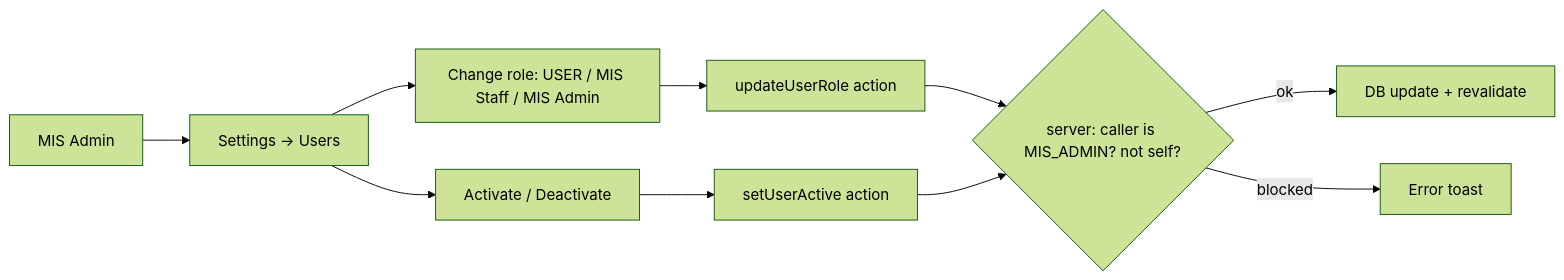
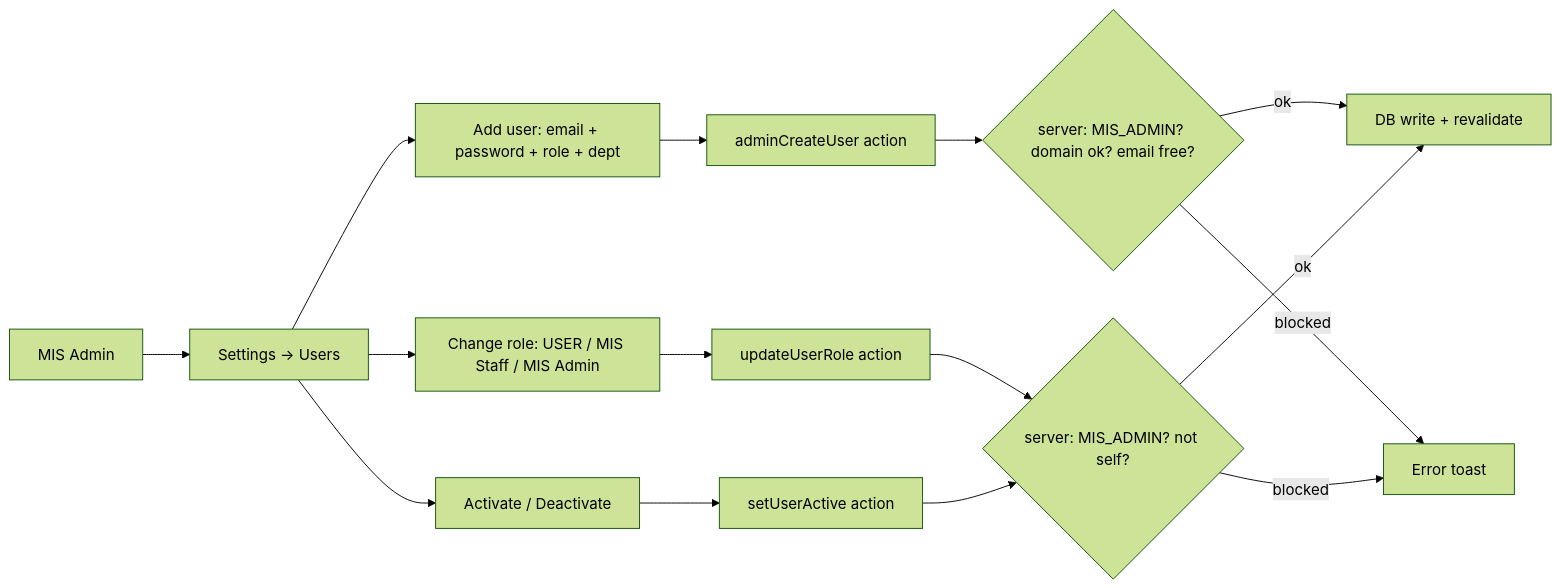
Before and after one commit to harshalilinkd/mis-support-hub: the fourth of 4 diagrams in flow.md, drawn with Mermaid (forest theme). The commit also changed other lines of this file, not shown here.

First line of the commit message:
docs: sync flow.md with the admin Add-user feature

````diff
--- a/flow.md
+++ b/flow.md
@@ -169,12 +170,17 @@
 ```mermaid
 flowchart LR
     A[MIS Admin] --> B[Settings -> Users]
+    B --> N[Add user: email + password + role + dept]
     B --> C[Change role: USER / MIS Staff / MIS Admin]
     B --> D[Activate / Deactivate]
+    N --> P[adminCreateUser action]
     C --> E[updateUserRole action]
     D --> F[setUserActive action]
-    E --> G{server: caller is MIS_ADMIN? not self?}
+    P --> Q{server: MIS_ADMIN? domain ok? email free?}
+    E --> G{server: MIS_ADMIN? not self?}
     F --> G
-    G -->|ok| H[DB update + revalidate]
-    G -->|blocked| I[Error toast]
+    Q -->|ok| H[DB write + revalidate]
+    G -->|ok| H
+    Q -->|blocked| I[Error toast]
+    G -->|blocked| I
 ```
````
